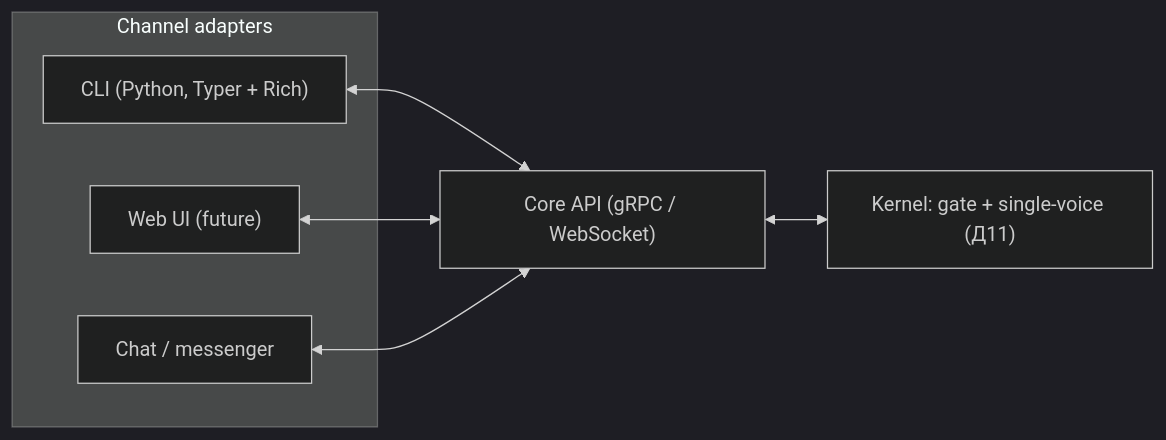
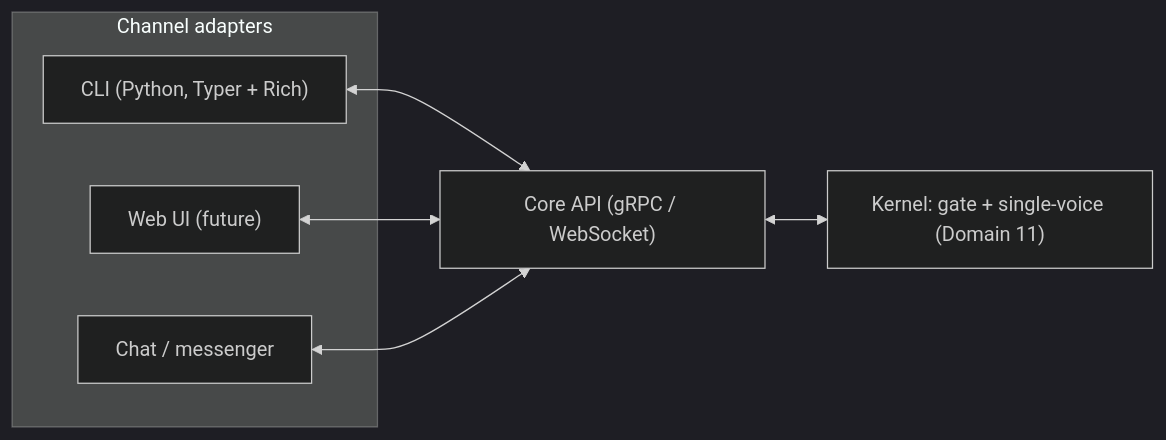
The fourth of 6 diagrams in docs/system_architecture.md (wefts/swarm), drawn with Mermaid (dark theme) before and after one commit. The commit also changed other lines of this file and 3 other files, not shown here.

````diff
--- a/docs/system_architecture.md
+++ b/docs/system_architecture.md
@@ -295,15 +295,15 @@
 ```mermaid
 flowchart LR
     subgraph Fronts["Channel adapters"]
         CLI["CLI (Python, Typer + Rich)"]
         WEB["Web UI (future)"]
         CHAT["Chat / messenger"]
     end
     API["Core API (gRPC / WebSocket)"]
-    KERNEL["Kernel: gate + single-voice (Д11)"]
+    KERNEL["Kernel: gate + single-voice (Domain 11)"]
 
     CLI <--> API
     WEB <--> API
     CHAT <--> API
     API <--> KERNEL
 ```
````
